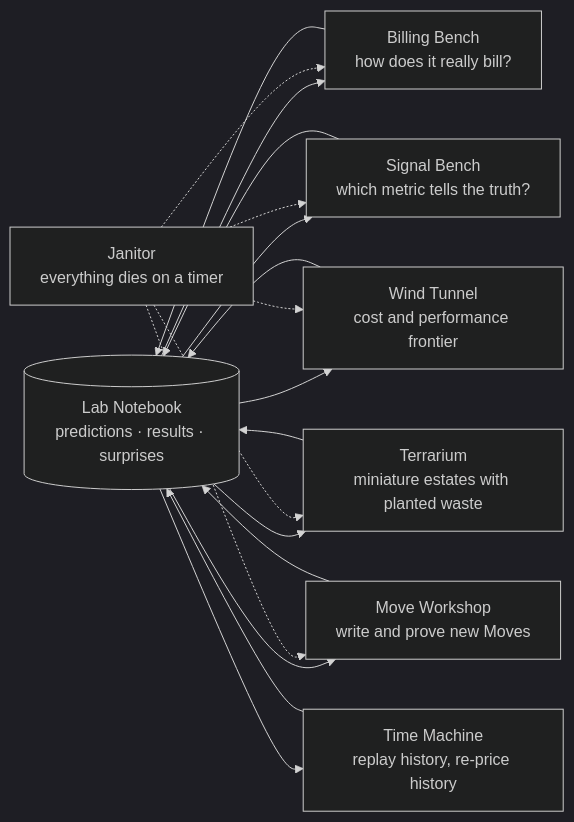
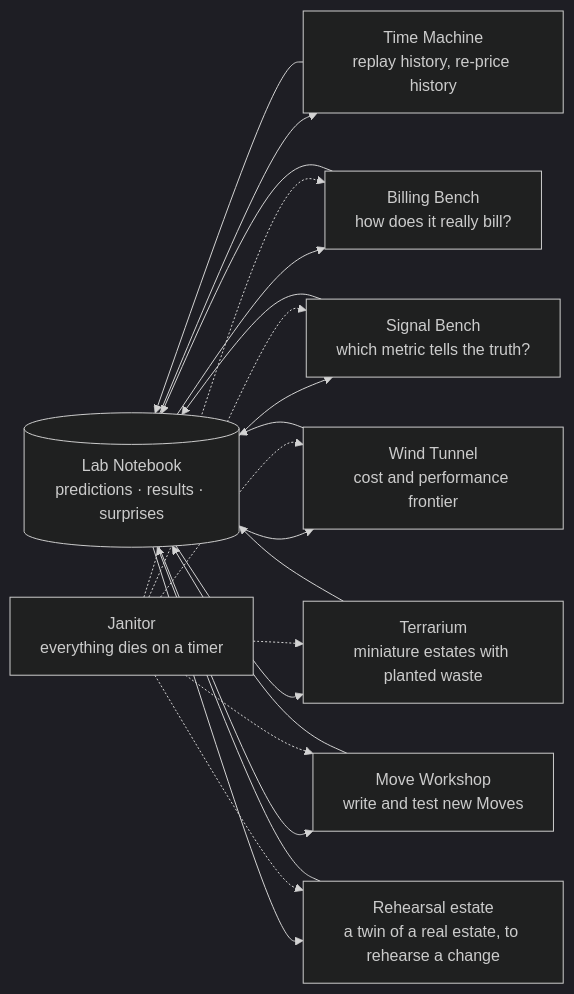
One commit to tinodo/meternaut changed the second of 3 diagrams in docs/04-experiments-and-the-lab.md. Above: the diagram before and after it, drawn with Mermaid (dark theme). The commit also changed other lines of this file and 28 other files, not shown here.

````diff
--- a/docs/04-experiments-and-the-lab.md
+++ b/docs/04-experiments-and-the-lab.md
@@ -59,28 +59,32 @@
 ```mermaid
 flowchart LR
     NB[("Lab Notebook<br/>predictions · results · surprises")]
     BB["Billing Bench<br/>how does it really bill?"]
     SB["Signal Bench<br/>which metric tells the truth?"]
     WT["Wind Tunnel<br/>cost and performance frontier"]
     TM["Time Machine<br/>replay history, re-price history"]
     TR["Terrarium<br/>miniature estates with planted waste"]
-    MW["Move Workshop<br/>write and prove new Moves"]
+    MW["Move Workshop<br/>write and test new Moves"]
+    RB["Rehearsal estate<br/>a twin of a real estate, to rehearse a change"]
     JA["Janitor<br/>everything dies on a timer"]
     BB --> NB
     SB --> NB
     WT --> NB
     TM --> NB
     TR --> NB
     MW --> NB
+    RB --> NB
     NB --> BB
     NB --> SB
     NB --> WT
     NB --> TM
     NB --> TR
     NB --> MW
+    NB --> RB
     JA -.-> BB
     JA -.-> SB
     JA -.-> WT
     JA -.-> TR
     JA -.-> MW
+    JA -.-> RB
 ```
````
